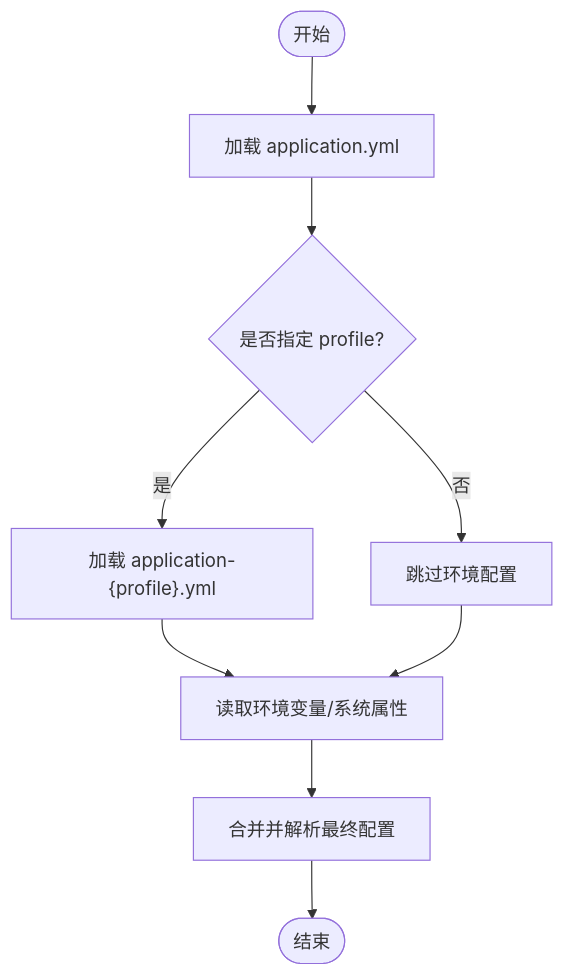
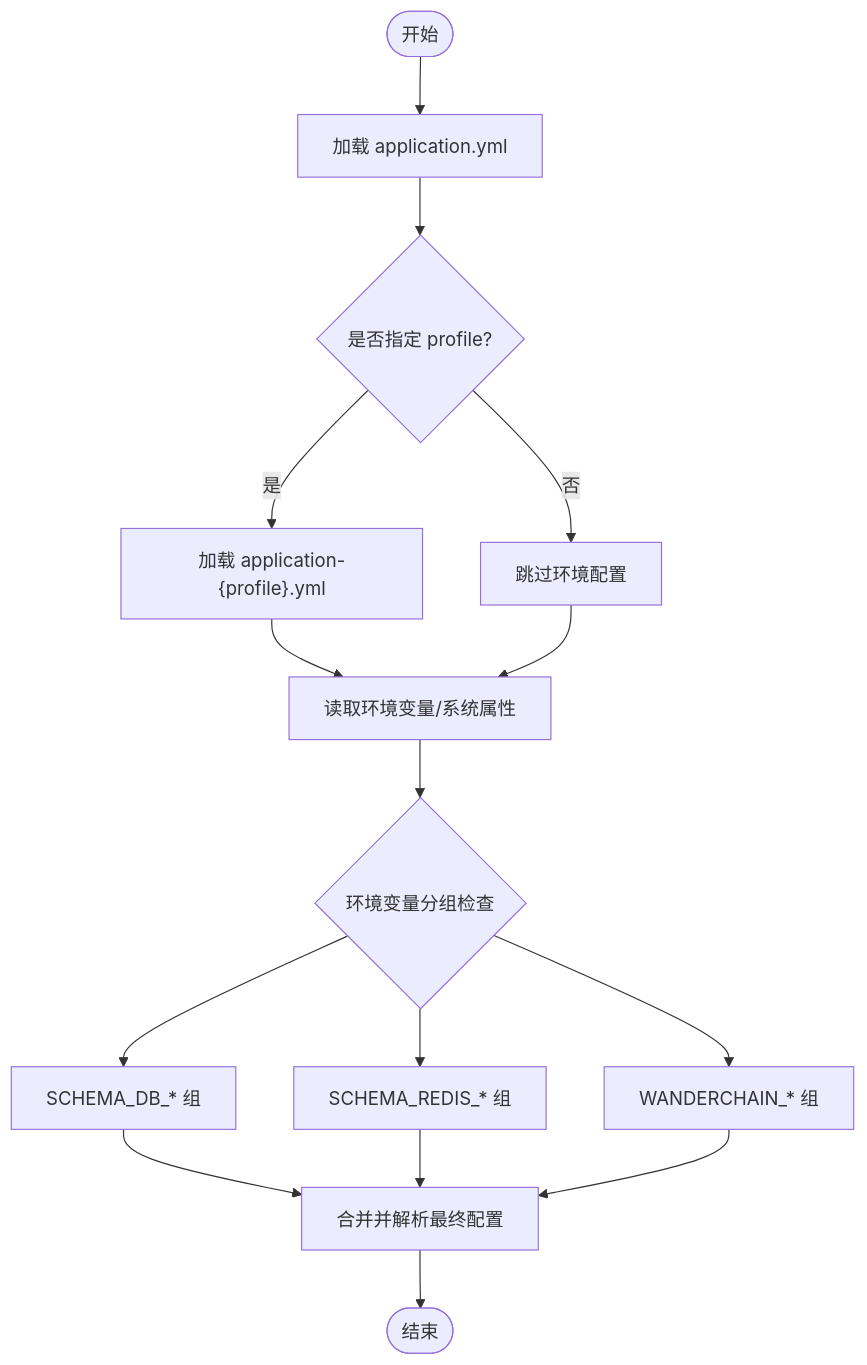
The third of 4 diagrams in .qoder/repowiki/zh/content/后端开发/应用配置.md (luyitiger6/my-first-project), drawn with Mermaid before and after one commit. The commit also changed other lines of this file and 42 other files, not shown here.

````diff
--- a/.qoder/repowiki/zh/content/后端开发/应用配置.md
+++ b/.qoder/repowiki/zh/content/后端开发/应用配置.md
@@ -150,11 +199,17 @@
 ```mermaid
 flowchart TD
 Start(["开始"]) --> Base["加载 application.yml"]
 Base --> Profile{"是否指定 profile?"}
 Profile --> |是| LoadProfile["加载 application-{profile}.yml"]
 Profile --> |否| SkipProfile["跳过环境配置"]
 LoadProfile --> EnvVars["读取环境变量/系统属性"]
 SkipProfile --> EnvVars
-EnvVars --> Merge["合并并解析最终配置"]
+EnvVars --> GroupCheck{"环境变量分组检查"}
+GroupCheck --> SchemaDB["SCHEMA_DB_* 组"]
+GroupCheck --> SchemaRedis["SCHEMA_REDIS_* 组"]
+GroupCheck --> Wanderchain["WANDERCHAIN_* 组"]
+SchemaDB --> Merge["合并并解析最终配置"]
+SchemaRedis --> Merge
+Wanderchain --> Merge
 Merge --> End(["结束"])
 ```
````
